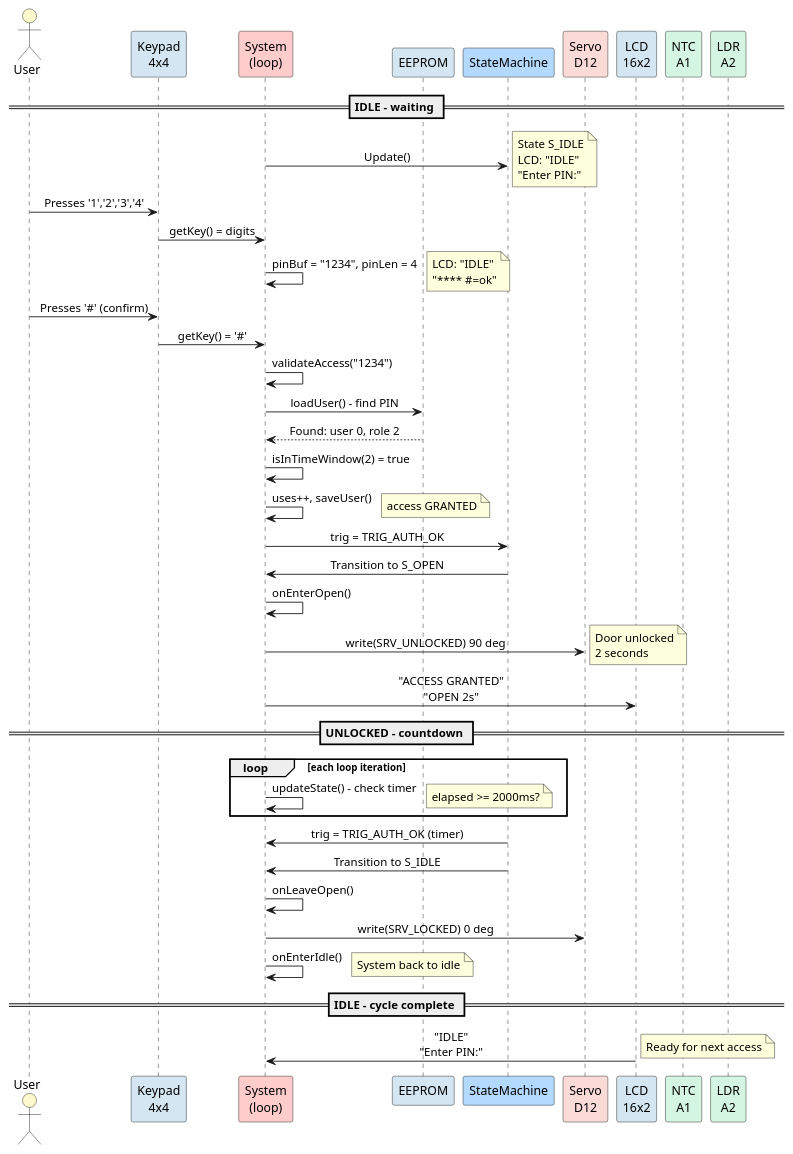
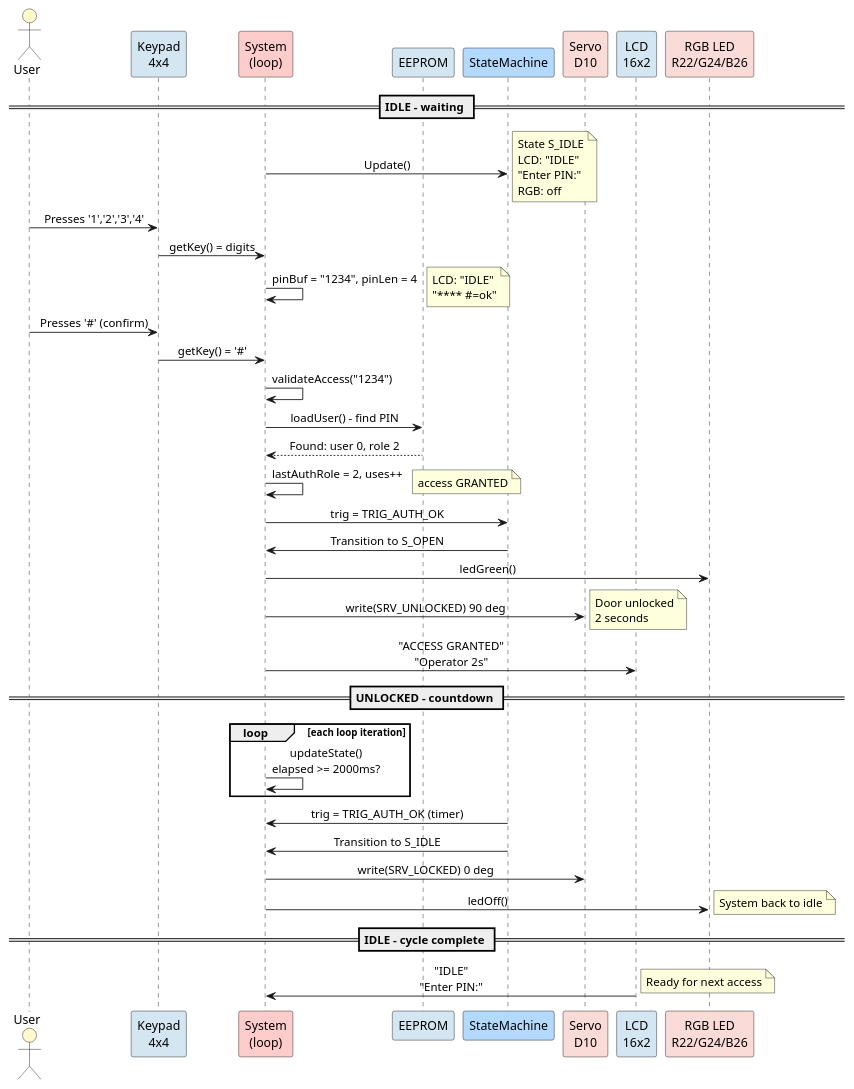
The diagram in docs/UML/sequence-entry.puml (FernandoMulato/Final-Arduino-Project), drawn with PlantUML before and after one commit. The commit also changed 12 other files, not shown here.

First line of the commit message:
feat(core): unify v2 pins, RGB LED, tone(), addUser across main.ino

```diff
--- a/docs/UML/sequence-entry.puml
+++ b/docs/UML/sequence-entry.puml
@@ -1,63 +1,59 @@
 @startuml SuccessfulEntry
 ' ====================================================================
 ' Sequence diagram - Successful PIN entry
-' Happy path: correct PIN + role in window -> CONFIG -> unlock 2s -> IDLE
+' Happy path: correct PIN + role -> OPEN 2s -> IDLE
 ' ====================================================================
 
 skinparam backgroundColor white
 skinparam defaultFontName SansSerif
 skinparam sequenceMessageAlign center
 
 actor "User" as USR #FFFACD
 participant "Keypad\n4x4" as KPD #D4E6F1
 participant "System\n(loop)" as SYS #FFCCCC
 participant "EEPROM" as EEP #D4E6F1
 participant "StateMachine" as FSM #B3D9FF
-participant "Servo\nD12" as SRV #FADBD8
+participant "Servo\nD10" as SRV #FADBD8
 participant "LCD\n16x2" as LCD #D4E6F1
-participant "NTC\nA1" as NTC #D5F5E3
-participant "LDR\nA2" as LDR #D5F5E3
+participant "RGB LED\nR22/G24/B26" as RGB #FADBD8
 
 == IDLE - waiting ==
 SYS -> FSM: Update()
-note right: State S_IDLE\nLCD: "IDLE"\n"Enter PIN:"
+note right: State S_IDLE\nLCD: "IDLE"\n"Enter PIN:"\nRGB: off
 
 USR -> KPD: Presses '1','2','3','4'
 KPD -> SYS: getKey() = digits
 SYS -> SYS: pinBuf = "1234", pinLen = 4
 note right: LCD: "IDLE"\n"**** #=ok"
 
 USR -> KPD: Presses '#' (confirm)
 KPD -> SYS: getKey() = '#'
 SYS -> SYS: validateAccess("1234")
 SYS -> EEP: loadUser() - find PIN
 EEP --> SYS: Found: user 0, role 2
-SYS -> SYS: isInTimeWindow(2) = true
-SYS -> SYS: uses++, saveUser()
+SYS -> SYS: lastAuthRole = 2, uses++
 note right: access GRANTED
 
 SYS -> FSM: trig = TRIG_AUTH_OK
 FSM -> SYS: Transition to S_OPEN
-SYS -> SYS: onEnterOpen()
+SYS -> RGB: ledGreen()
 SYS -> SRV: write(SRV_UNLOCKED) 90 deg
 note right: Door unlocked\n2 seconds
-SYS -> LCD: "ACCESS GRANTED"\n"OPEN 2s"
+SYS -> LCD: "ACCESS GRANTED"\n"Operator 2s"
 
 == UNLOCKED - countdown ==
 loop each loop iteration
-  SYS -> SYS: updateState() - check timer
-  note right: elapsed >= 2000ms?
+  SYS -> SYS: updateState()\nelapsed >= 2000ms?
 end
 
 FSM -> SYS: trig = TRIG_AUTH_OK (timer)
 FSM -> SYS: Transition to S_IDLE
-SYS -> SYS: onLeaveOpen()
 SYS -> SRV: write(SRV_LOCKED) 0 deg
-SYS -> SYS: onEnterIdle()
+SYS -> RGB: ledOff()
 note right: System back to idle
 
 == IDLE - cycle complete ==
 LCD -> SYS: "IDLE"\n"Enter PIN:"
 note right: Ready for next access
 
 @enduml
```
